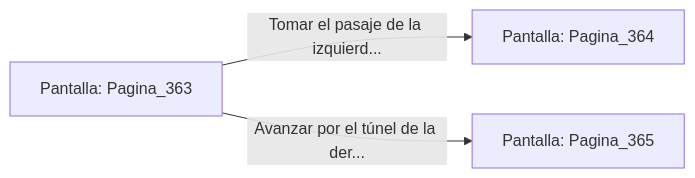
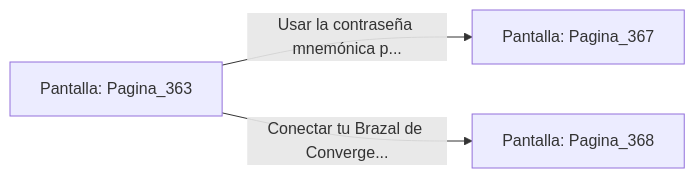
One commit to metsuke/mpl changed the diagram in sample/eligejuego-vault/Pantalla_Pagina_363.md. Above: the diagram before and after it, drawn with Mermaid. The commit also changed other lines of this file and 635 other files, not shown here.

First line of the commit message:
fix: añadir Pagina_1 como pantalla inicial en capitulo_01.mpl

````diff
--- a/sample/eligejuego-vault/Pantalla_Pagina_363.md
+++ b/sample/eligejuego-vault/Pantalla_Pagina_363.md
@@ -20,6 +24,6 @@
 ```mermaid
 graph LR
     P_Pagina_363["Pantalla: Pagina_363"]
-    P_Pagina_363 -->|"Tomar el pasaje de la izquierd..."| P_Pagina_364["Pantalla: Pagina_364"]
-    P_Pagina_363 -->|"Avanzar por el túnel de la der..."| P_Pagina_365["Pantalla: Pagina_365"]
+    P_Pagina_363 -->|"Usar la contraseña mnemónica p..."| P_Pagina_367["Pantalla: Pagina_367"]
+    P_Pagina_363 -->|"Conectar tu Brazal de Converge..."| P_Pagina_368["Pantalla: Pagina_368"]
 ```
````
